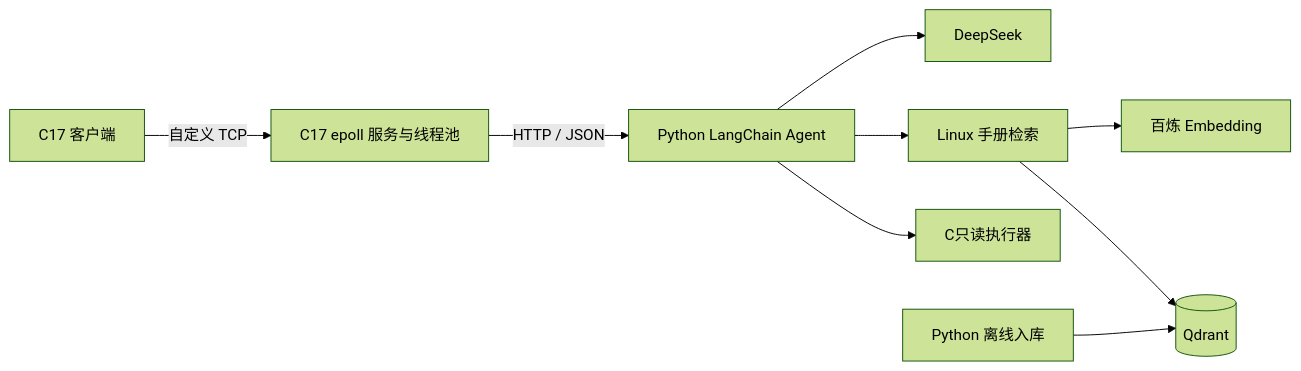
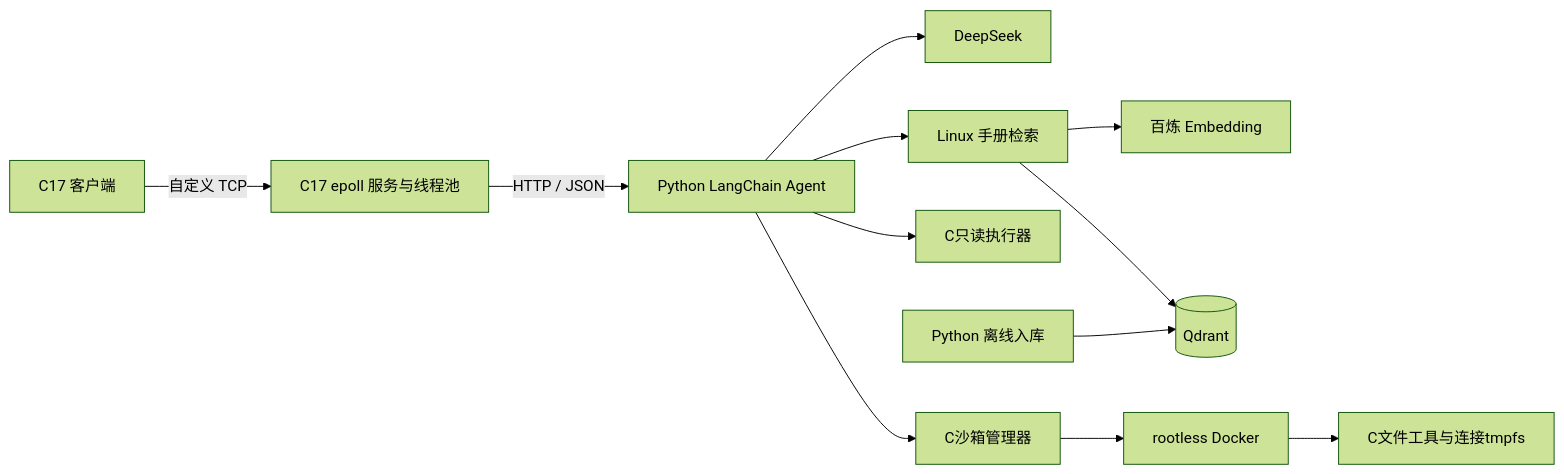
The diagram in README.md (yiyi-tian/RAGent), drawn with Mermaid (forest theme) before and after one commit. The commit also changed other lines of this file and 35 other files, not shown here.

````diff
--- a/README.md
+++ b/README.md
@@ -155,11 +176,14 @@
 ```mermaid
 flowchart LR
     C[C17 客户端] -->|自定义 TCP| N[C17 epoll 服务与线程池]
     N -->|HTTP / JSON| A[Python LangChain Agent]
     A --> L[DeepSeek]
     A --> R[Linux 手册检索]
     R --> E[百炼 Embedding]
     R --> Q[(Qdrant)]
     A --> T[C只读执行器]
+    A --> S[C沙箱管理器]
+    S --> D[rootless Docker]
+    D --> F[C文件工具与连接tmpfs]
     P[Python 离线入库] --> Q
 ```
````
